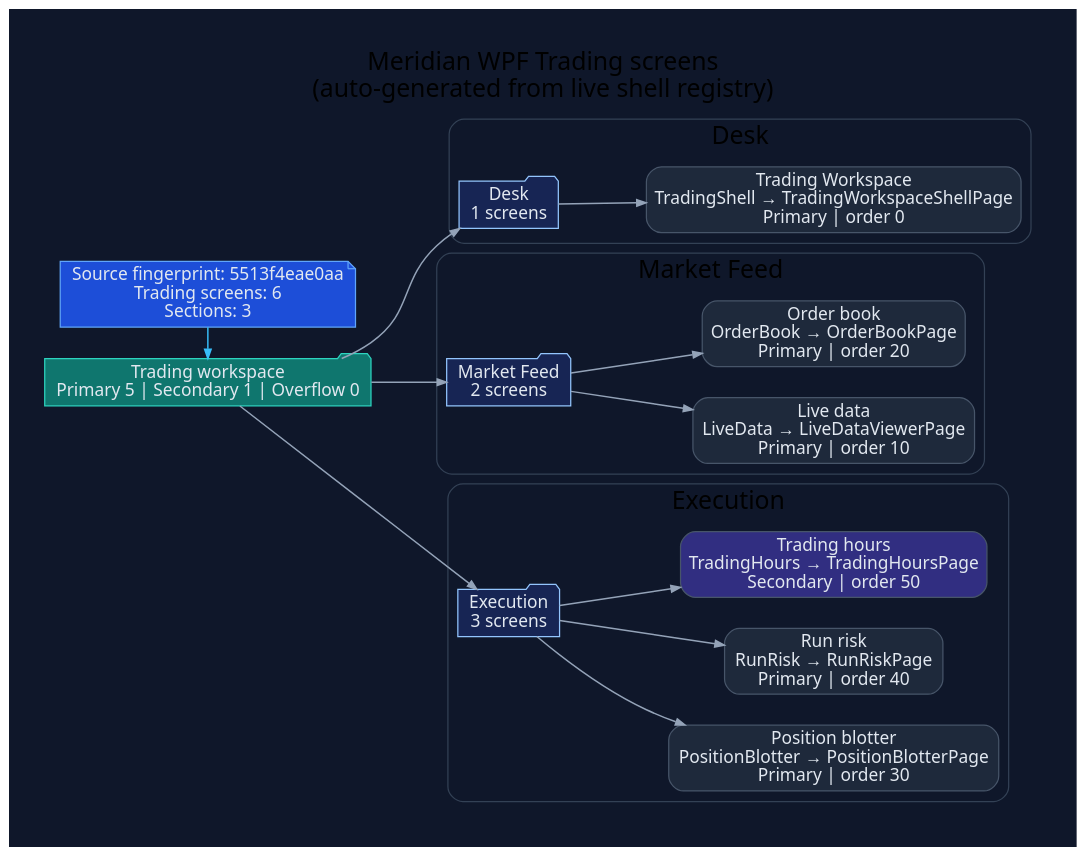
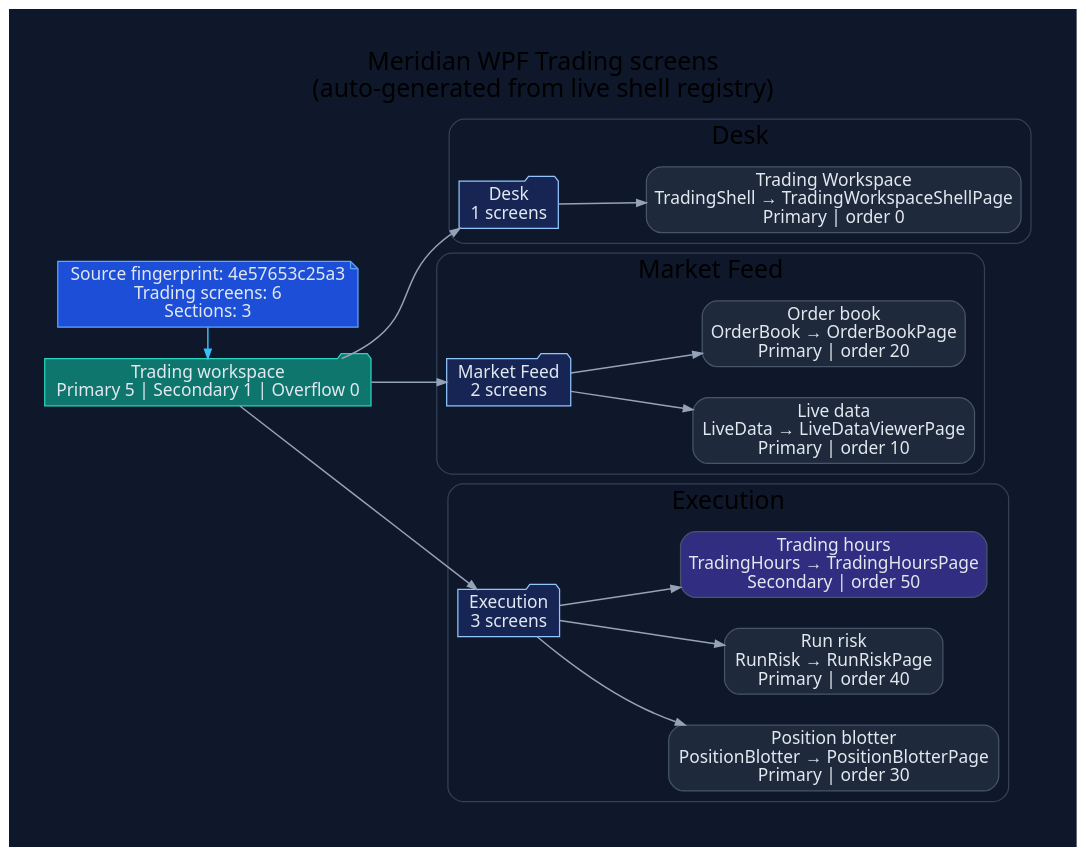
Before and after one commit to rodoHasArrived/Meridian-main: the diagram in docs/diagrams/ui-wpf-screens-trading.dot, drawn with Graphviz. The commit also changed 107 other files, not shown here.

First line of the commit message:
docs(generated): refresh references, diagrams and coverage after merging the base

```diff
--- a/docs/diagrams/ui-wpf-screens-trading.dot
+++ b/docs/diagrams/ui-wpf-screens-trading.dot
@@ -1,62 +1,62 @@
 // -----------------------------------------------------------------------------
 // <auto-generated>
 // Generated by scripts/generate-diagrams.mjs.
 // Do not edit this file directly; update the WPF source files instead.
 // -----------------------------------------------------------------------------
 digraph WpfTradingScreens {
   graph [
     rankdir=LR,
     labelloc=t,
     label="Meridian WPF Trading screens\n(auto-generated from live shell registry)",
     fontname="Segoe UI",
     fontsize=20,
     pad=0.4,
     nodesep=0.35,
     ranksep=0.85,
     bgcolor="#0f172a"
   ];
   node [fontname="Segoe UI", shape=box, style="rounded,filled", color="#475569", fontcolor="#e2e8f0", fillcolor="#1e293b"];
   edge [fontname="Segoe UI", color="#94a3b8", penwidth=1.2, arrowsize=0.75];
 
-  generated [shape=note, fillcolor="#1d4ed8", color="#60a5fa", label="Source fingerprint: 5513f4eae0aa\nTrading screens: 6\nSections: 3"];
+  generated [shape=note, fillcolor="#1d4ed8", color="#60a5fa", label="Source fingerprint: 4e57653c25a3\nTrading screens: 6\nSections: 3"];
   workspace [shape=folder, fillcolor="#0f766e", color="#2dd4bf", label="Trading workspace\nPrimary 5 | Secondary 1 | Overflow 0"];
   generated -> workspace [color="#38bdf8"];
 
   subgraph cluster_section_1 {
     label="Desk";
     color="#334155";
     style="rounded";
     section_1 [shape=folder, fillcolor="#172554", color="#93c5fd", label="Desk\n1 screens"];
     workspace -> section_1;
     screen_TradingShell [fillcolor="#1e293b", label="Trading Workspace\nTradingShell → TradingWorkspaceShellPage\nPrimary | order 0"];
     section_1 -> screen_TradingShell;
   }
 
   subgraph cluster_section_2 {
     label="Market Feed";
     color="#334155";
     style="rounded";
     section_2 [shape=folder, fillcolor="#172554", color="#93c5fd", label="Market Feed\n2 screens"];
     workspace -> section_2;
     screen_LiveData [fillcolor="#1e293b", label="Live data\nLiveData → LiveDataViewerPage\nPrimary | order 10"];
     section_2 -> screen_LiveData;
     screen_OrderBook [fillcolor="#1e293b", label="Order book\nOrderBook → OrderBookPage\nPrimary | order 20"];
     section_2 -> screen_OrderBook;
   }
 
   subgraph cluster_section_3 {
     label="Execution";
     color="#334155";
     style="rounded";
     section_3 [shape=folder, fillcolor="#172554", color="#93c5fd", label="Execution\n3 screens"];
     workspace -> section_3;
     screen_PositionBlotter [fillcolor="#1e293b", label="Position blotter\nPositionBlotter → PositionBlotterPage\nPrimary | order 30"];
     section_3 -> screen_PositionBlotter;
     screen_RunRisk [fillcolor="#1e293b", label="Run risk\nRunRisk → RunRiskPage\nPrimary | order 40"];
     section_3 -> screen_RunRisk;
     screen_TradingHours [fillcolor="#312e81", label="Trading hours\nTradingHours → TradingHoursPage\nSecondary | order 50"];
     section_3 -> screen_TradingHours;
   }
 
   { rank=min; generated; workspace; }
 }
```
